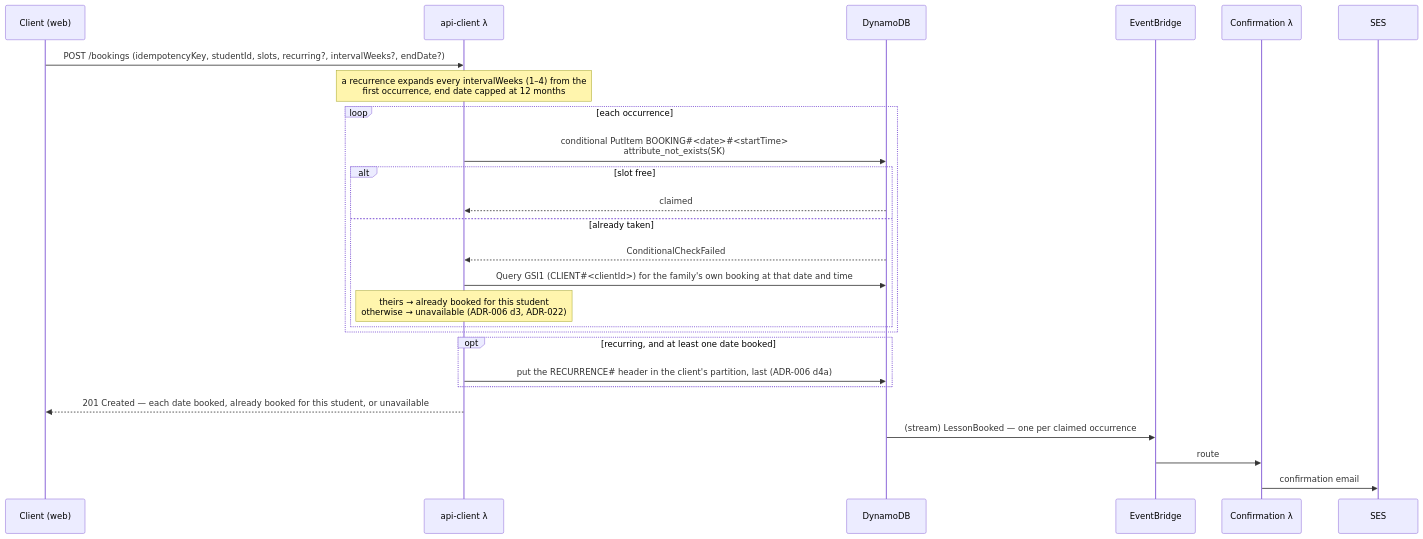
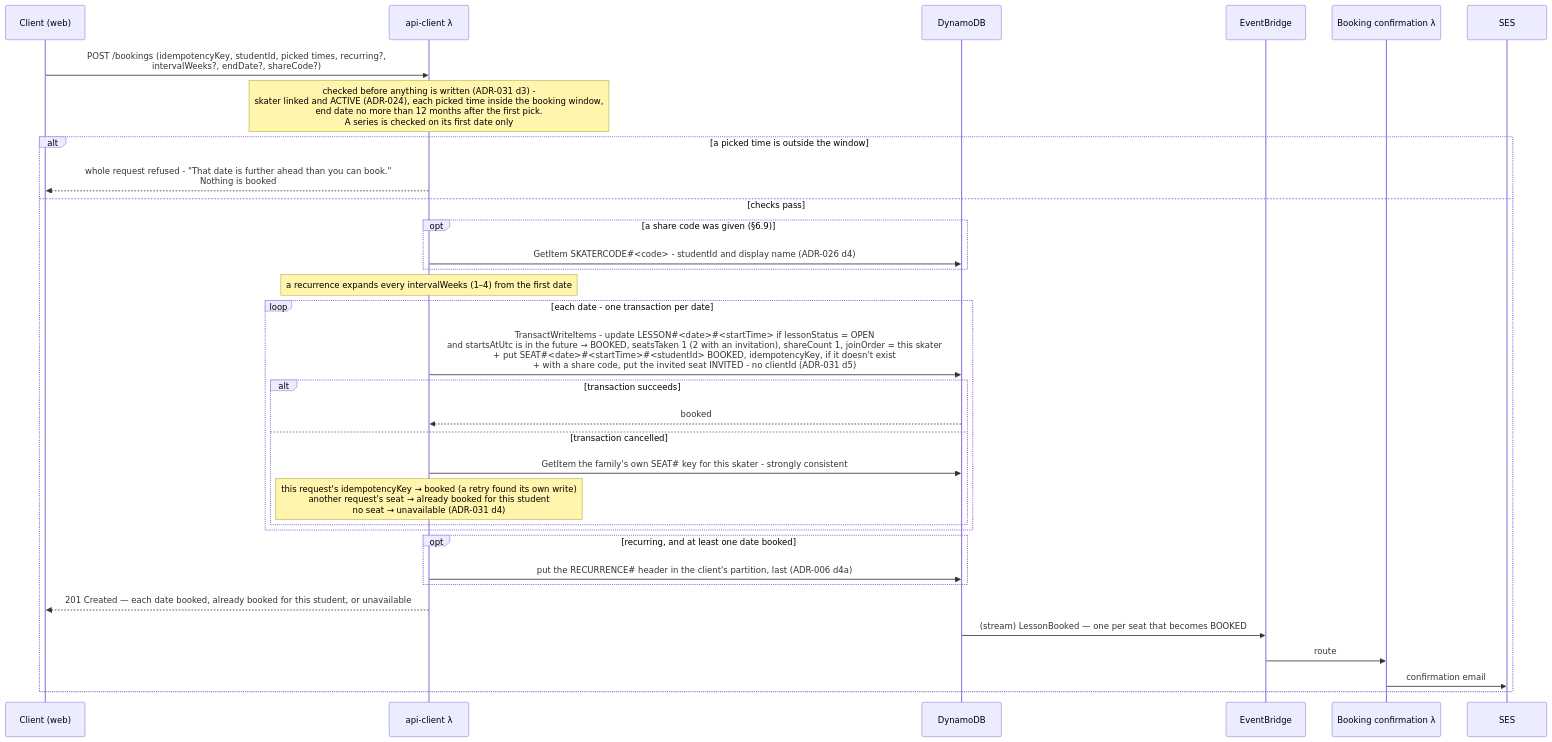
Before and after one commit to jessicamvega6/bladebook: the fifth of 23 diagrams in docs/architecture.md, drawn with Mermaid. The commit also changed other lines of this file and 26 other files, not shown here.

First line of the commit message:
Design doc updates: diagrams synced, shared-lesson and leave rules

````diff
--- a/docs/architecture.md
+++ b/docs/architecture.md
@@ -583,28 +728,35 @@
 ```mermaid
 sequenceDiagram
     participant P as Client (web)
     participant API as api-client λ
     participant DB as DynamoDB
     participant Bus as EventBridge
-    participant Cf as Confirmation λ
+    participant Cf as Booking confirmation λ
     participant SES as SES
-    P->>API: POST /bookings (idempotencyKey, studentId, slots, recurring?, intervalWeeks?, endDate?)
-    Note over API: a recurrence expands every intervalWeeks (1–4) from the<br/>first occurrence, end date capped at 12 months
-    loop each occurrence
-        API->>DB: conditional PutItem BOOKING#35;<date>#35;<startTime><br/>attribute_not_exists(SK)
-        alt slot free
-            DB-->>API: claimed
-        else already taken
-            DB-->>API: ConditionalCheckFailed
-            API->>DB: Query GSI1 (CLIENT#35;<clientId>) for the family's own booking at that date and time
-            Note over API: theirs → already booked for this student<br/>otherwise → unavailable (ADR-006 d3, ADR-022)
+    P->>API: POST /bookings (idempotencyKey, studentId, picked times, recurring?,<br/>intervalWeeks?, endDate?, shareCode?)
+    Note over API: checked before anything is written (ADR-031 d3) -<br/>skater linked and ACTIVE (ADR-024), each picked time inside the booking window,<br/>end date no more than 12 months after the first pick.<br/>A series is checked on its first date only
+    alt a picked time is outside the window
+        API-->>P: whole request refused - "That date is further ahead than you can book."<br/>Nothing is booked
+    else checks pass
+        opt a share code was given (§6.9)
+            API->>DB: GetItem SKATERCODE#35;<code> - studentId and display name (ADR-026 d4)
         end
+        Note over API: a recurrence expands every intervalWeeks (1–4) from the first date
+        loop each date - one transaction per date
+            API->>DB: TransactWriteItems - update LESSON#35;<date>#35;<startTime> if lessonStatus = OPEN<br/>and startsAtUtc is in the future → BOOKED, seatsTaken 1 (2 with an invitation), shareCount 1, joinOrder = this skater<br/>+ put SEAT#35;<date>#35;<startTime>#35;<studentId> BOOKED, idempotencyKey, if it doesn't exist<br/>+ with a share code, put the invited seat INVITED - no clientId (ADR-031 d5)
+            alt transaction succeeds
+                DB-->>API: booked
+            else transaction cancelled
+                API->>DB: GetItem the family's own SEAT#35; key for this skater - strongly consistent
+                Note over API: this request's idempotencyKey → booked (a retry found its own write)<br/>another request's seat → already booked for this student<br/>no seat → unavailable (ADR-031 d4)
+            end
+        end
+        opt recurring, and at least one date booked
+            API->>DB: put the RECURRENCE#35; header in the client's partition, last (ADR-006 d4a)
+        end
+        API-->>P: 201 Created — each date booked, already booked for this student, or unavailable
+        DB->>Bus: (stream) LessonBooked — one per seat that becomes BOOKED
+        Bus->>Cf: route
+        Cf->>SES: confirmation email
     end
-    opt recurring, and at least one date booked
-        API->>DB: put the RECURRENCE#35; header in the client's partition, last (ADR-006 d4a)
-    end
-    API-->>P: 201 Created — each date booked, already booked for this student, or unavailable
-    DB->>Bus: (stream) LessonBooked — one per claimed occurrence
-    Bus->>Cf: route
-    Cf->>SES: confirmation email
 ```
````
